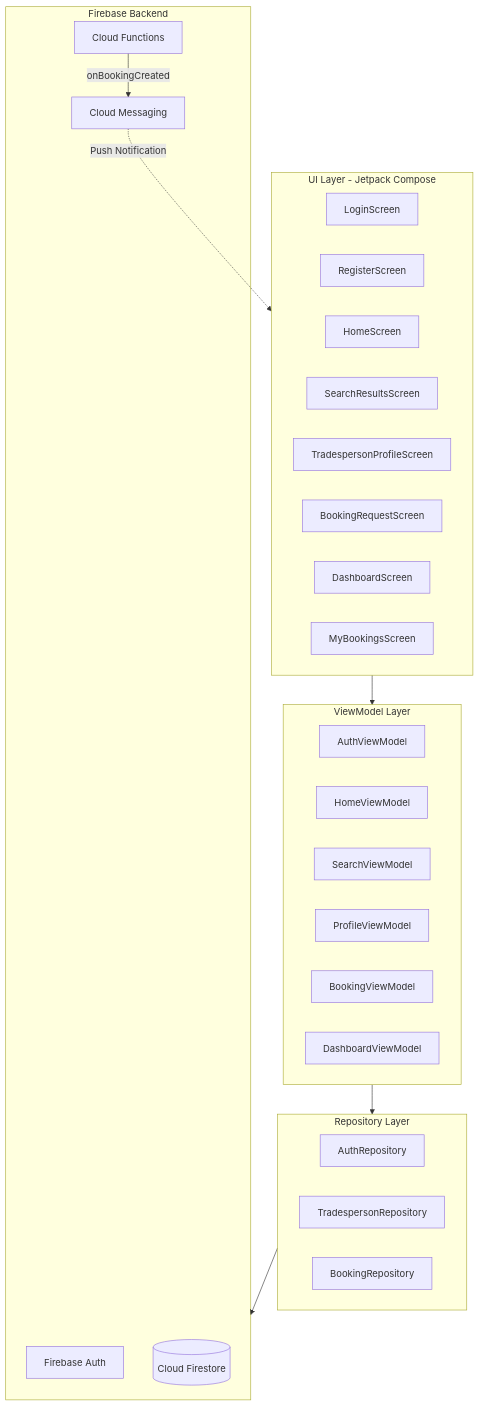
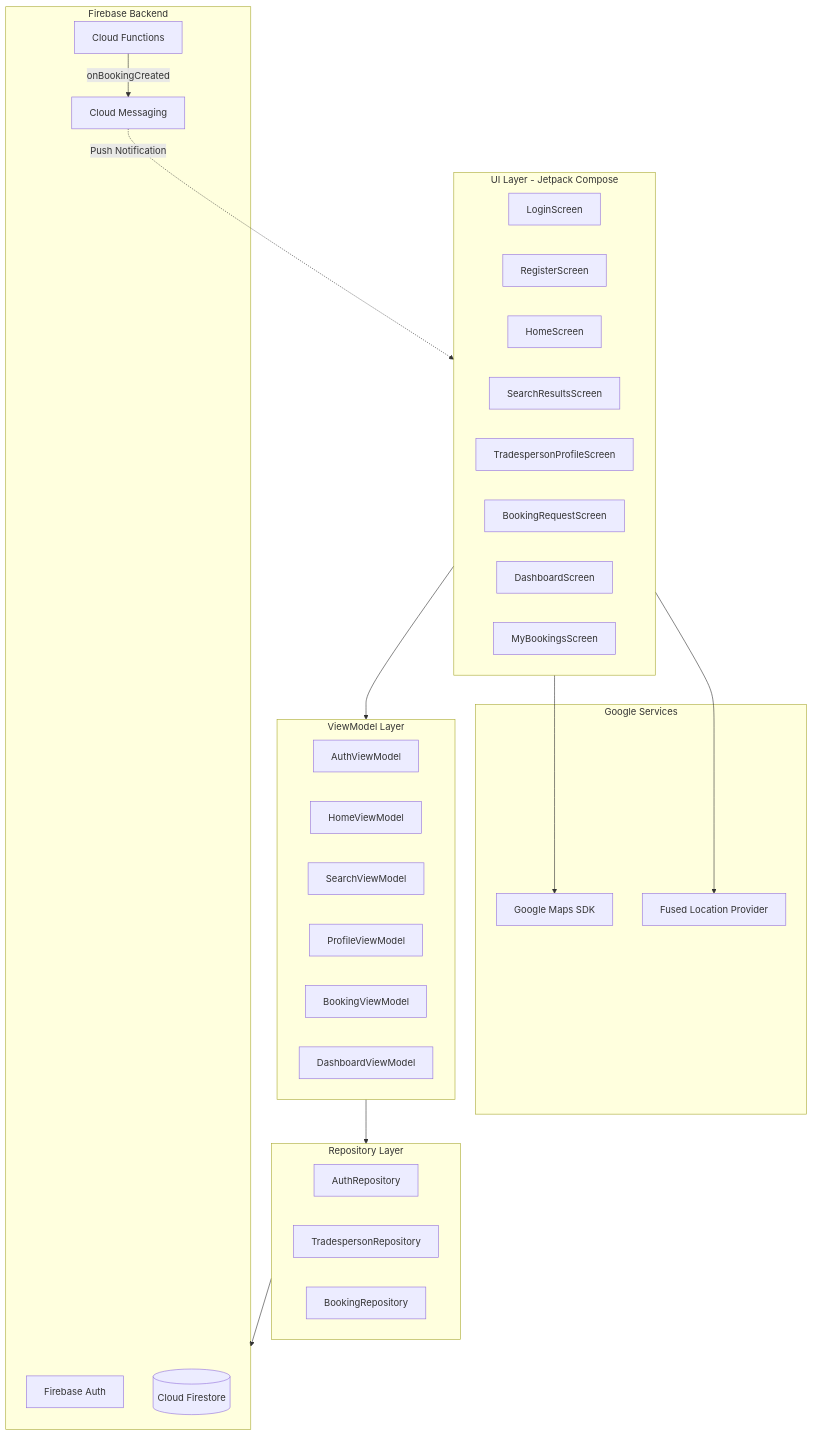
The first of 6 diagrams in docs/ARCHITECTURE.md (tilio3x/ne-deme), drawn with Mermaid before and after one commit. The commit also changed other lines of this file and 11 other files, not shown here.

First line of the commit message:
Add Google Maps integration with 4 features

````diff
--- a/docs/ARCHITECTURE.md
+++ b/docs/ARCHITECTURE.md
@@ -48,41 +49,48 @@
 ```mermaid
 graph TB
     subgraph UI["UI Layer - Jetpack Compose"]
         Login[LoginScreen]
         Register[RegisterScreen]
         Home[HomeScreen]
         Search[SearchResultsScreen]
         TPProfile[TradespersonProfileScreen]
         BookingScreen[BookingRequestScreen]
         Dashboard[DashboardScreen]
         MyBookings[MyBookingsScreen]
     end
 
     subgraph VM["ViewModel Layer"]
         AuthVM[AuthViewModel]
         HomeVM[HomeViewModel]
         SearchVM[SearchViewModel]
         ProfileVM[ProfileViewModel]
         BookingVM[BookingViewModel]
         DashboardVM[DashboardViewModel]
     end
 
     subgraph Repo["Repository Layer"]
         AuthRepo[AuthRepository]
         TPRepo[TradespersonRepository]
         BookRepo[BookingRepository]
     end
 
     subgraph Firebase["Firebase Backend"]
         Auth[Firebase Auth]
         Firestore[(Cloud Firestore)]
         FCM[Cloud Messaging]
         Functions[Cloud Functions]
     end
 
+    subgraph Google["Google Services"]
+        Maps[Google Maps SDK]
+        Location[Fused Location Provider]
+    end
+
     UI --> VM
     VM --> Repo
     Repo --> Firebase
     Functions -->|onBookingCreated| FCM
     FCM -.->|Push Notification| UI
+    UI --> Maps
+    UI --> Location
 ```
````
